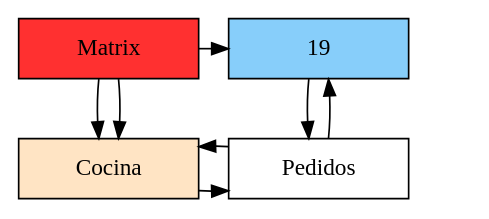
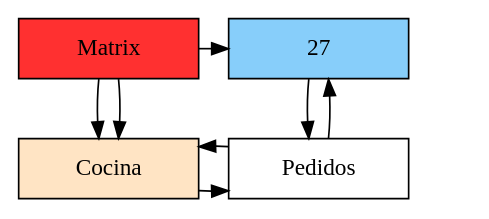
Before and after one commit to JOSE6755/EDD_FASE2: the diagram in Proyecto1EDD/Alcala, Castañeda y Castañeda Asociados-4-2021.dot, drawn with Graphviz. The commit also changed 88 other files, not shown here.

```diff
--- a/Proyecto1EDD/Alcala, Castañeda y Castañeda Asociados-4-2021.dot
+++ b/Proyecto1EDD/Alcala, Castañeda y Castañeda Asociados-4-2021.dot
@@ -1,19 +1,19 @@
 digraph Sparce_Matrix {
 node [shape=box]
 MT[label="Matrix",width=1.5,style=filled,fillcolor=firebrick1,group=1];
 e0[ shape = point, width = 0 ];
 e1[ shape = point, width = 0 ];
 V0[label="Cocina"width = 1.5 style = filled, fillcolor = bisque1, group = 1];
 MT->V0
-H0[label="19"width = 1.5 style = filled, fillcolor = lightskyblue, group =2];
+H0[label="27"width = 1.5 style = filled, fillcolor = lightskyblue, group =2];
 MT->V0
 MT->H0
 {rank=same; MT;H0;}
-"0xc0000aad80"[label="Pedidos" width=1.5,group=2];
-V0->"0xc0000aad80"
-"0xc0000aad80"->V0
-{rank=same V0;"0xc0000aad80";}
-H0->"0xc0000aad80"
-"0xc0000aad80"->H0
+"0xc00047e090"[label="Pedidos" width=1.5,group=2];
+V0->"0xc00047e090"
+"0xc00047e090"->V0
+{rank=same V0;"0xc00047e090";}
+H0->"0xc00047e090"
+"0xc00047e090"->H0
 
 }
```
